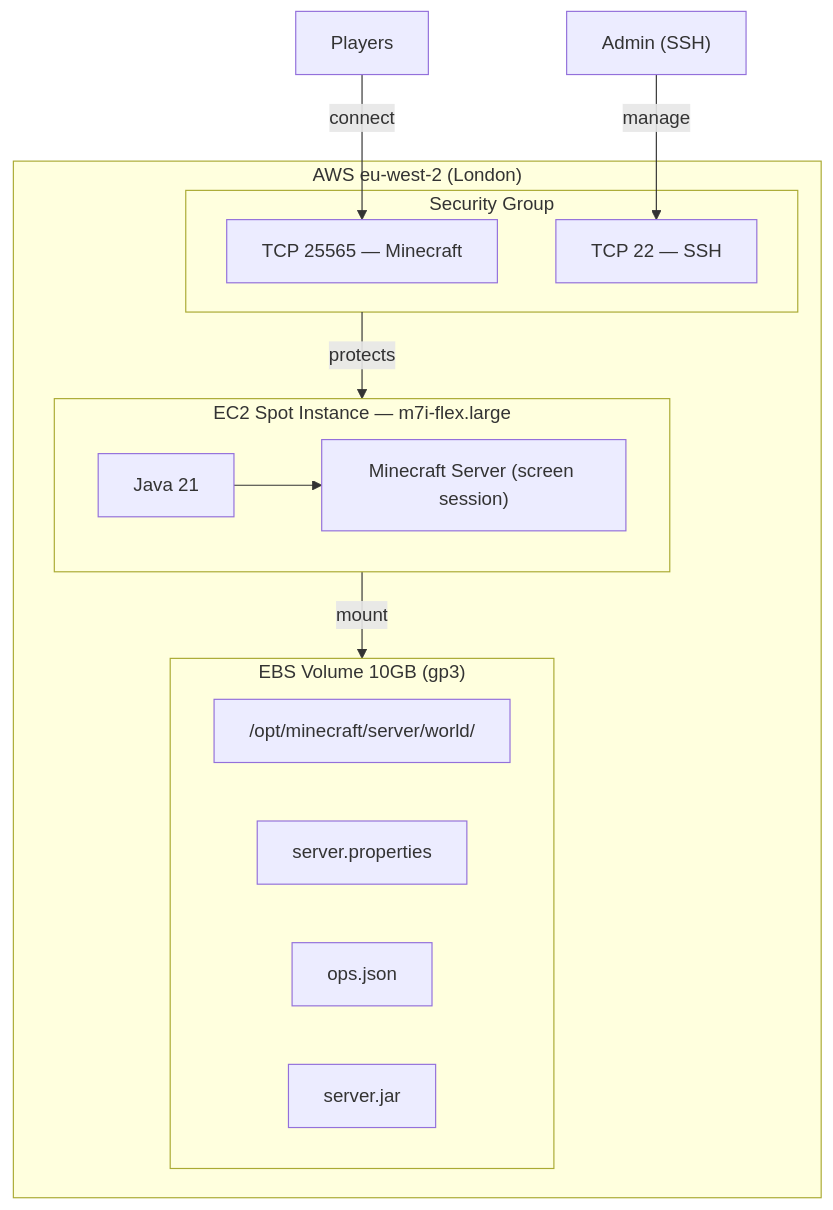
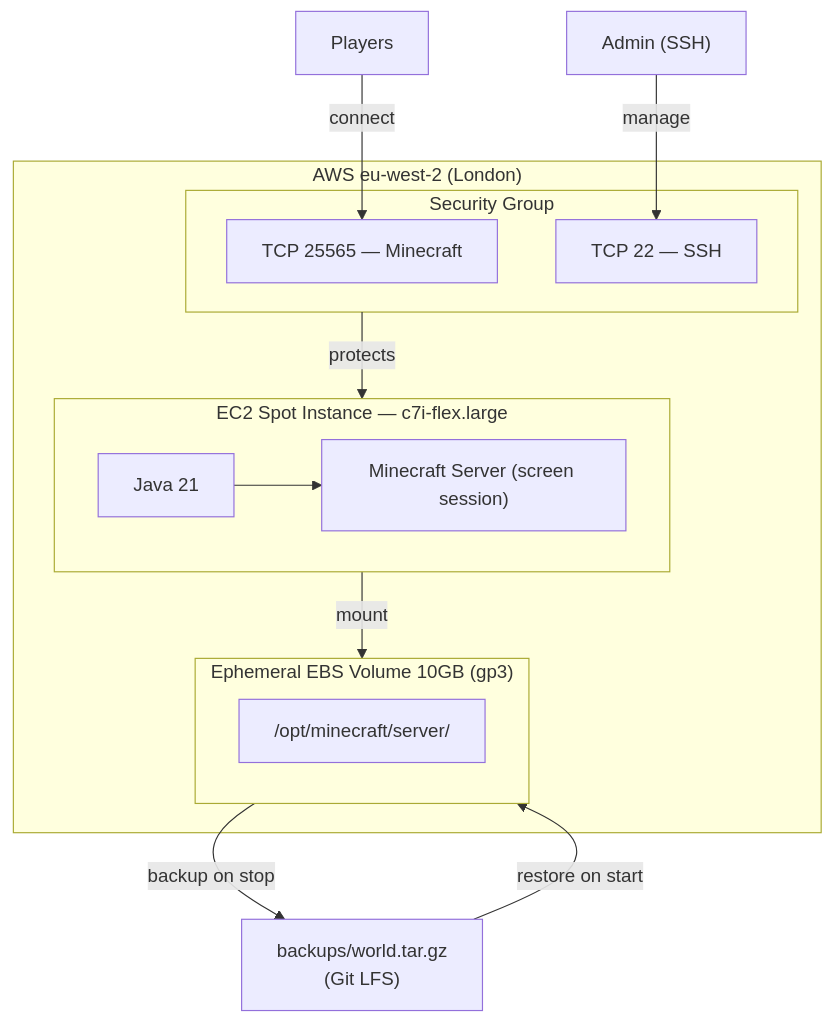
The second of 3 diagrams in README.md (kyleyhw/knot_minecraft), drawn with Mermaid before and after one commit. The commit also changed other lines of this file and 5 other files, not shown here.

First line of the commit message:
Add local hosting, ephemeral EBS, and auto-backup

````diff
--- a/README.md
+++ b/README.md
@@ -7,28 +29,29 @@
 ```mermaid
 graph TB
     subgraph AWS["AWS eu-west-2 (London)"]
-        subgraph EC2["EC2 Spot Instance — m7i-flex.large"]
+        subgraph EC2["EC2 Spot Instance — c7i-flex.large"]
             Java["Java 21"]
             MC["Minecraft Server (screen session)"]
             Java --> MC
         end
 
-        subgraph EBS["EBS Volume 10GB (gp3)"]
-            world["/opt/minecraft/server/world/"]
-            props["server.properties"]
-            ops["ops.json"]
-            jar["server.jar"]
+        subgraph EBS["Ephemeral EBS Volume 10GB (gp3)"]
+            world["/opt/minecraft/server/"]
         end
 
         subgraph SG["Security Group"]
             port1["TCP 25565 — Minecraft"]
             port2["TCP 22 — SSH"]
         end
 
         EC2 -->|mount| EBS
         SG -->|protects| EC2
     end
 
+    Backup["backups/world.tar.gz<br/>(Git LFS)"]
+    Backup -->|restore on start| EBS
+    EBS -->|backup on stop| Backup
+
     Players["Players"] -->|connect| port1
     Admin["Admin (SSH)"] -->|manage| port2
 ```
````
